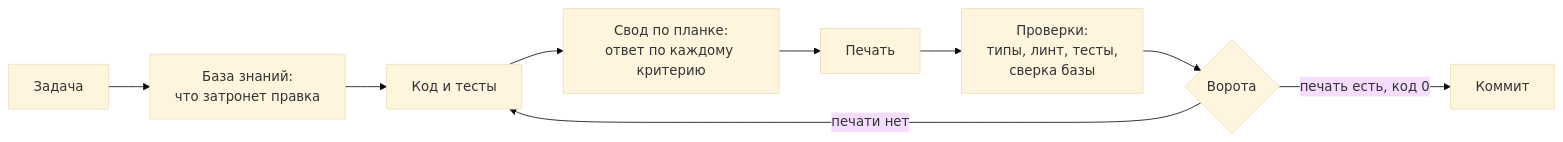
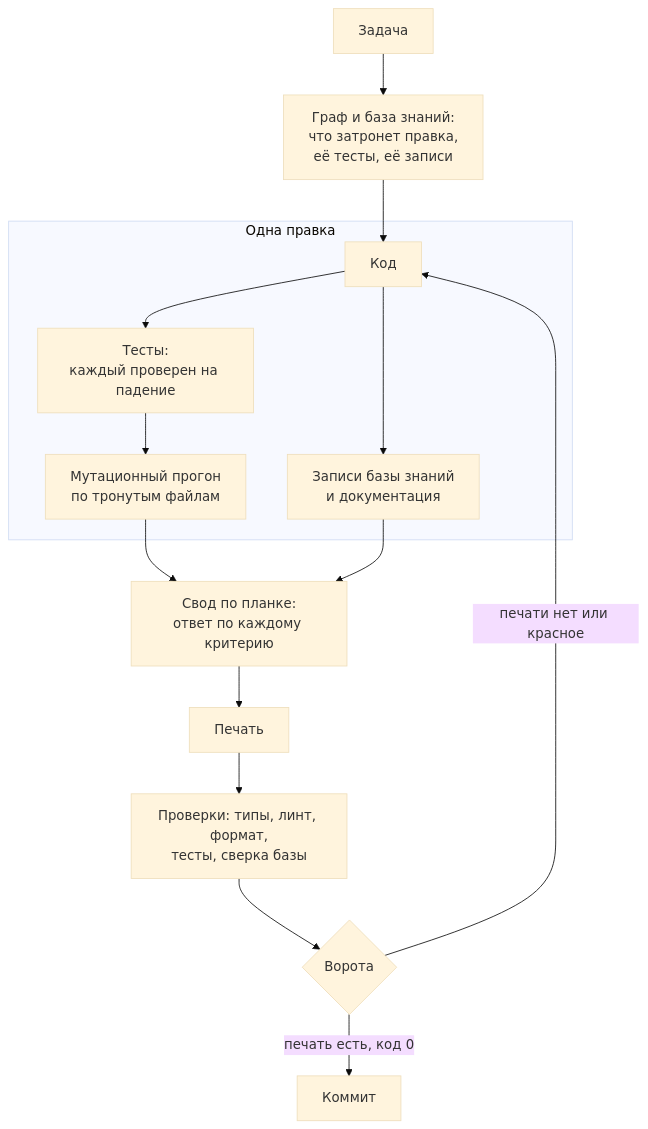
One commit to Igor-lx/claudeHarness changed the first of 2 diagrams in README.ru.md. Above: the diagram before and after it, drawn with Mermaid (base theme). The commit also changed other lines of this file and 1 other file, not shown here.

````diff
--- a/README.ru.md
+++ b/README.ru.md
@@ -80,11 +96,17 @@
 ```mermaid
-flowchart LR
-  A[Задача] --> B[База знаний:<br>что затронет правка]
-  B --> C[Код и тесты]
-  C --> D[Свод по планке:<br>ответ по каждому критерию]
-  D --> E[Печать]
-  E --> F[Проверки:<br>типы, линт, тесты,<br>сверка базы]
-  F --> G{Ворота}
-  G -- печать есть, код 0 --> H[Коммит]
-  G -- печати нет --> C
+flowchart TD
+  A[Задача] --> B["Граф и база знаний:<br>что затронет правка,<br>её тесты, её записи"]
+  B --> C[Код]
+  subgraph edit [Одна правка]
+    C --> T["Тесты:<br>каждый проверен на падение"]
+    C --> R["Записи базы знаний<br>и документация"]
+    T --> M["Мутационный прогон<br>по тронутым файлам"]
+  end
+  M --> P["Свод по планке:<br>ответ по каждому критерию"]
+  R --> P
+  P --> S[Печать]
+  S --> K["Проверки: типы, линт, формат,<br>тесты, сверка базы"]
+  K --> G{Ворота}
+  G -- "печать есть, код 0" --> H[Коммит]
+  G -- "печати нет или красное" --> C
 ```
````
